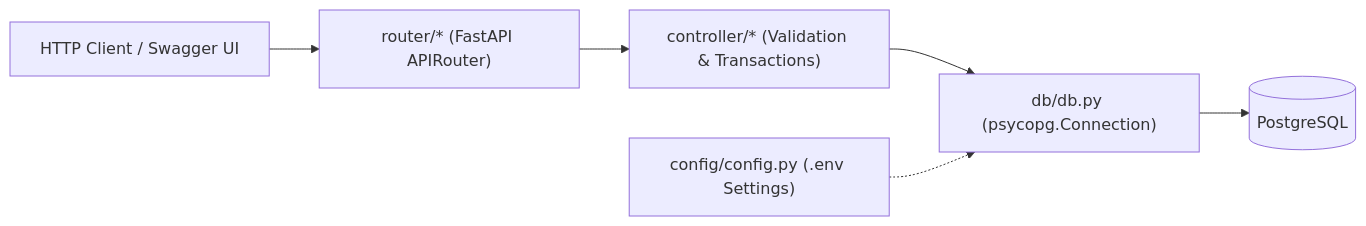
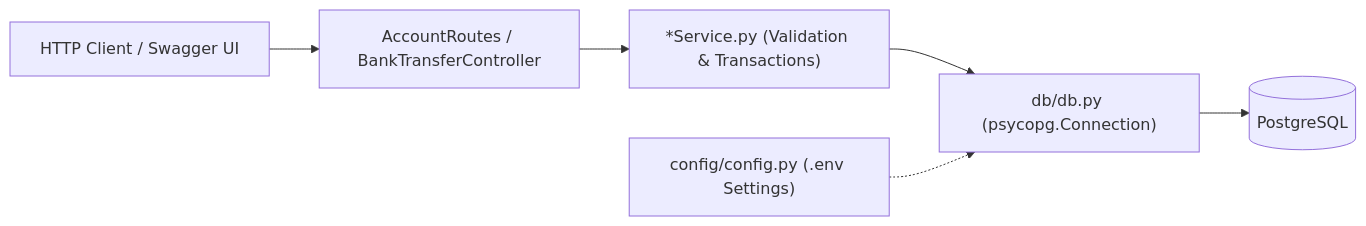
Before and after one commit to Sc-Designs/Bank: the diagram in docs/architecture.md, drawn with Mermaid. The commit also changed other lines of this file and 16 other files, not shown here.

Commit message:
Merge Money files into BankTransfer, wire router, and update docs

````diff
--- a/docs/architecture.md
+++ b/docs/architecture.md
@@ -51,8 +57,8 @@
 ```mermaid
 flowchart LR
-    Client["HTTP Client / Swagger UI"] --> Router["router/* (FastAPI APIRouter)"]
-    Router --> Controller["controller/* (Validation & Transactions)"]
-    Controller --> DB["db/db.py (psycopg.Connection)"]
+    Client["HTTP Client / Swagger UI"] --> Router["AccountRoutes / BankTransferController"]
+    Router --> Service["*Service.py (Validation & Transactions)"]
+    Service --> DB["db/db.py (psycopg.Connection)"]
     DB --> PG[("PostgreSQL")]
     Config["config/config.py (.env Settings)"] -.-> DB
 ```
````
